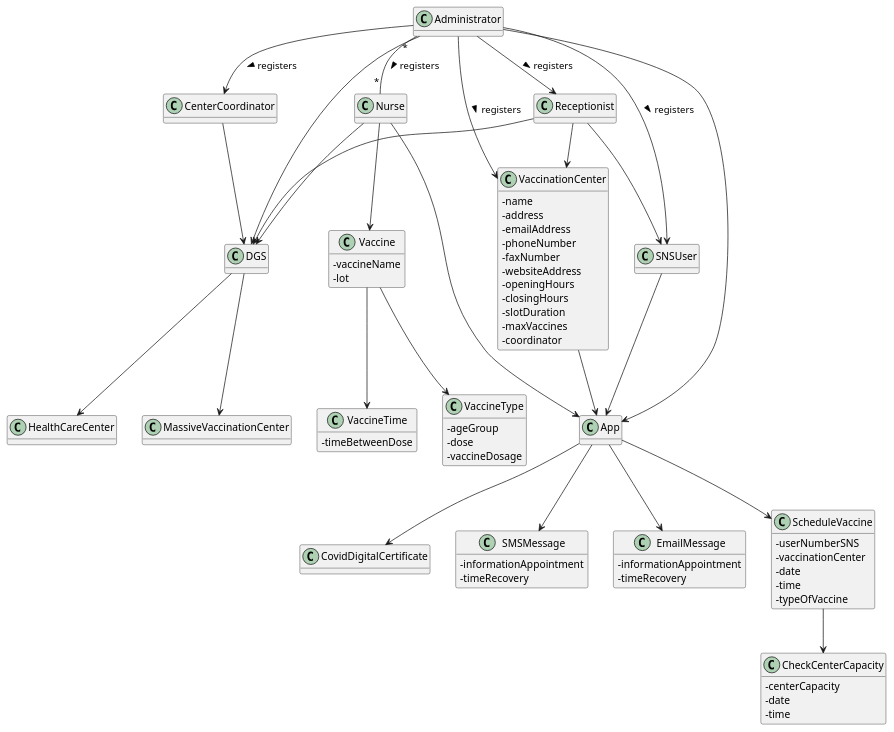
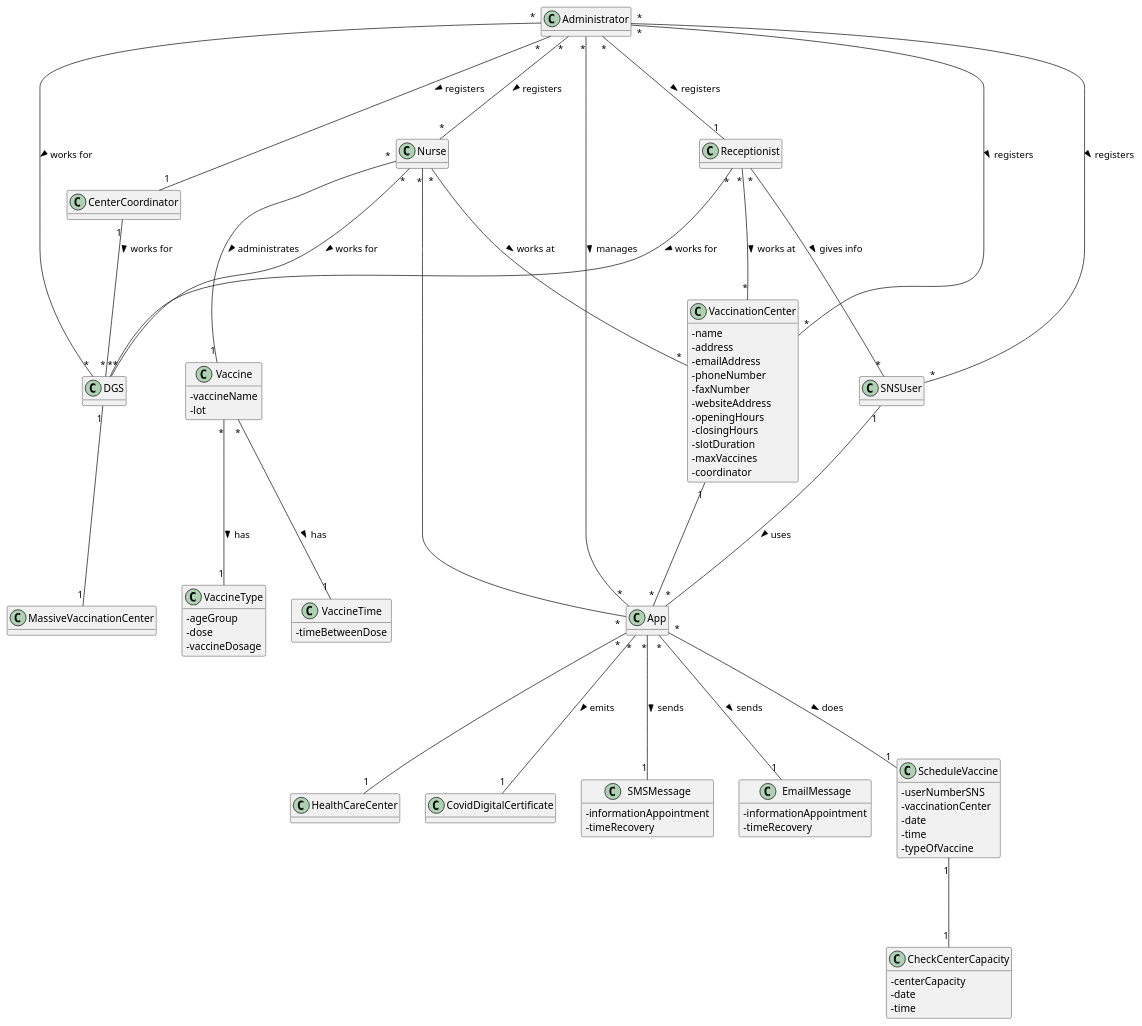
Before and after one commit to PedroMesquita1211171/VaccinationManager: the diagram in docs/SprintA/DM.puml, drawn with PlantUML.

Commit message:
DM vFinal?

```diff
--- a/docs/SprintA/DM.puml
+++ b/docs/SprintA/DM.puml
@@ -1,116 +1,117 @@
 @startuml
 skinparam classAttributeIconSize 0
 hide methods
 
 class Administrator{
 }
 
 class Nurse{
 }
 
 class SNSUser{
 }
 
 class Receptionist{
 }
 
 class CenterCoordinator{
 }
 
 class HealthCareCenter {
 }
 
 class DGS {
 }
 
 class MassiveVaccinationCenter {
 }
 
 class CovidDigitalCertificate {
 }
 
 class App{
 }
 
 class SMSMessage {
 - informationAppointment
 - timeRecovery
 }
 
 class EmailMessage {
 - informationAppointment
 - timeRecovery
 }
 
 class Vaccine {
 - vaccineName
 - lot
 }
 
 class VaccineType {
 - ageGroup
 - dose
 - vaccineDosage
 }
 
 class VaccineTime {
 - timeBetweenDose
 }
 
 class CheckCenterCapacity {
 - centerCapacity
 - date
 - time
 }
 
 class ScheduleVaccine {
 - userNumberSNS
 - vaccinationCenter
 - date
 - time
 - typeOfVaccine
 }
 
 class VaccinationCenter {
   - name
   - address
   - emailAddress
   - phoneNumber
   - faxNumber
   - websiteAddress
   - openingHours
   - closingHours
   - slotDuration
   - maxVaccines
   - coordinator
 }
 
-Administrator "*"--"*" Nurse : registers >
-Administrator --> CenterCoordinator : registers >
-Administrator --> Receptionist : registers >
-Administrator --> SNSUser : registers >
-Administrator --> VaccinationCenter : registers >
-Administrator --> App
-SNSUser --> App
-VaccinationCenter --> App
-Nurse --> App
-Receptionist --> SNSUser
-Receptionist --> VaccinationCenter
-Receptionist --> DGS
-Nurse --> DGS
-Administrator --> DGS
-CenterCoordinator --> DGS
-Nurse --> Vaccine
-Vaccine --> VaccineType
-Vaccine --> VaccineTime
-App --> EmailMessage
-App --> ScheduleVaccine
-App --> SMSMessage
-App --> CovidDigitalCertificate
-DGS --> HealthCareCenter
-DGS --> MassiveVaccinationCenter
-ScheduleVaccine --> CheckCenterCapacity
+Administrator "*"---"*" Nurse : registers >
+Administrator "*"---"1" CenterCoordinator : registers >
+Administrator "*"---"1" Receptionist : registers >
+Administrator "*"---"*" SNSUser : registers >
+Administrator "*"---"*" VaccinationCenter : registers >
+Administrator "*"---"*" App : manages >
+Administrator "*"---"*" DGS : works for >
+SNSUser "1"---"*" App : uses >
+VaccinationCenter "1"---"*" App
+Nurse "*"---"*" App
+Nurse "*"---"*" DGS : works for >
+Nurse "*"---"1" Vaccine : administrates >
+Nurse "*"---"*" VaccinationCenter : works at >
+Receptionist "*"---"*" SNSUser : gives info >
+Receptionist "*"---"*" VaccinationCenter : works at >
+Receptionist "*"---"*" DGS : works for >
+CenterCoordinator "1"--"*" DGS : works for >
+DGS "1"---"1" MassiveVaccinationCenter
+Vaccine "*"---"1" VaccineType : has >
+Vaccine "*"---"1" VaccineTime : has >
+App "*"---"1" ScheduleVaccine : does >
+App "*"---"1" SMSMessage : sends >
+App "*"---"1" HealthCareCenter
+App "*"---"1" CovidDigitalCertificate : emits >
+App "*"---"1" EmailMessage : sends >
+ScheduleVaccine "1"---"1" CheckCenterCapacity
 
 
 
 @endum
```
